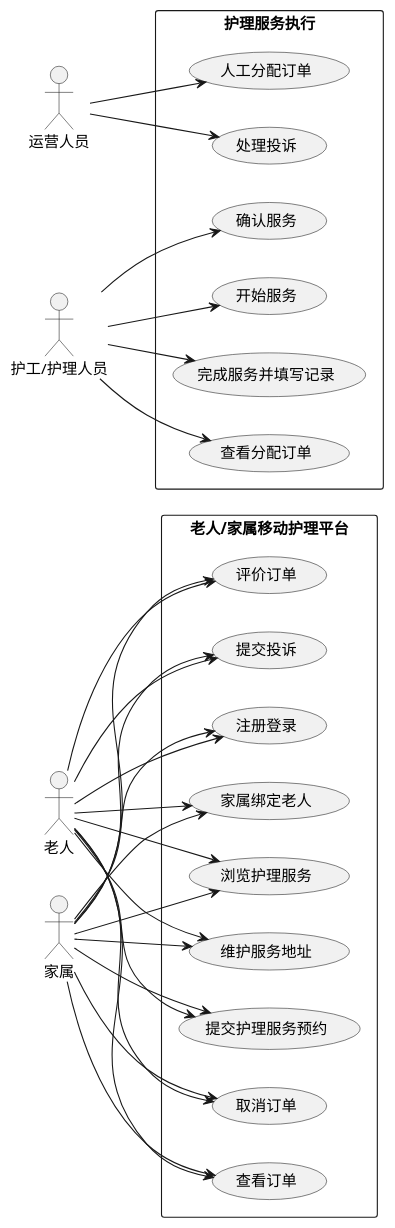
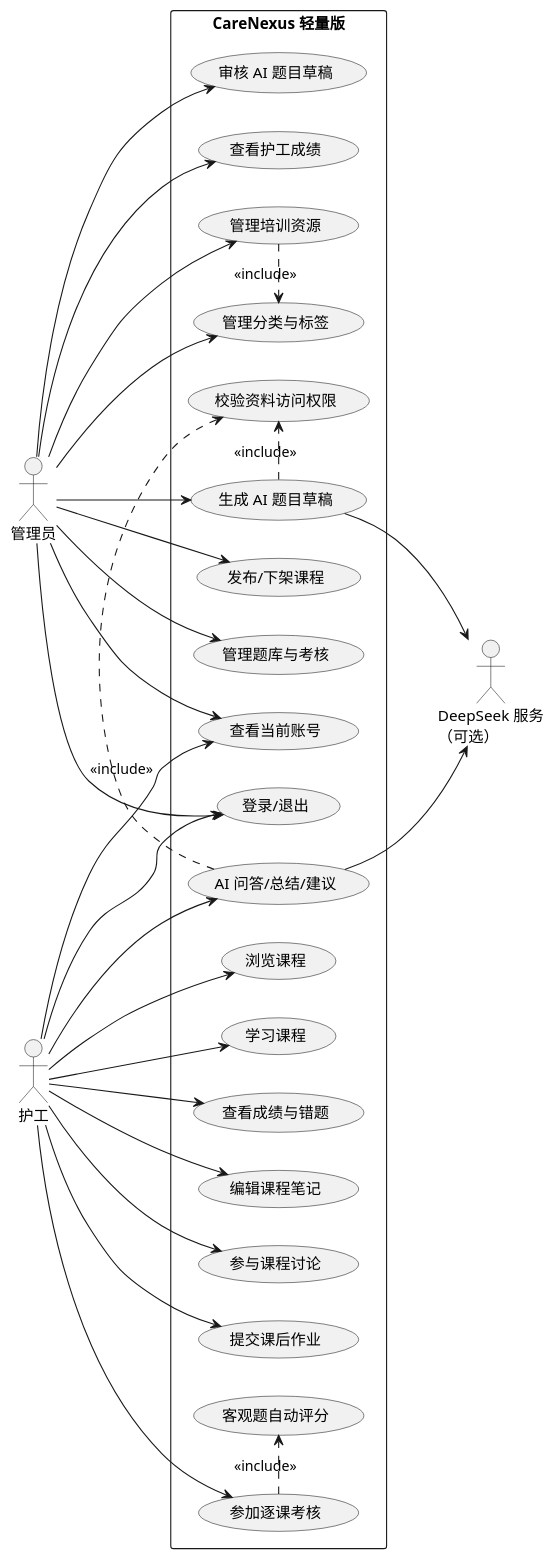
One commit to thesantaana/Care-Nexus changed the diagram in docs/requirements/用例模型.md. Above: the diagram before and after it, drawn with PlantUML. The commit also changed other lines of this file, not shown here.

````diff
--- a/docs/requirements/用例模型.md
+++ b/docs/requirements/用例模型.md
@@ -203,55 +19,61 @@
 ```plantuml
 @startuml
 left to right direction
-actor "老人" as Elder
-actor "家属" as Family
-actor "运营人员" as Operator
-actor "护工/护理人员" as Caregiver
+actor 管理员 as Admin
+actor 护工 as Caregiver
+actor "DeepSeek 服务\n（可选）" as AI
 
-rectangle "老人/家属移动护理平台" {
-  usecase "注册登录" as UC1
-  usecase "家属绑定老人" as UC2
-  usecase "浏览护理服务" as UC3
-  usecase "维护服务地址" as UC4
-  usecase "提交护理服务预约" as UC5
-  usecase "取消订单" as UC6
-  usecase "查看订单" as UC7
-  usecase "评价订单" as UC8
-  usecase "提交投诉" as UC9
+rectangle "CareNexus 轻量版" {
+  usecase "登录/退出" as UC_AUTH
+  usecase "查看当前账号" as UC_ME
+
+  usecase "管理分类与标签" as UC_CATALOG
+  usecase "管理培训资源" as UC_RESOURCE
+  usecase "发布/下架课程" as UC_PUBLISH
+  usecase "管理题库与考核" as UC_EXAM_ADMIN
+  usecase "审核 AI 题目草稿" as UC_AI_REVIEW
+  usecase "查看护工成绩" as UC_SCORE_ADMIN
+
+  usecase "浏览课程" as UC_BROWSE
+  usecase "学习课程" as UC_LEARN
+  usecase "参加逐课考核" as UC_EXAM
+  usecase "查看成绩与错题" as UC_SCORE
+  usecase "编辑课程笔记" as UC_NOTE
+  usecase "参与课程讨论" as UC_DISCUSS
+  usecase "提交课后作业" as UC_ASSIGN
+  usecase "AI 问答/总结/建议" as UC_AI
+
+  usecase "生成 AI 题目草稿" as UC_AI_DRAFT
+  usecase "校验资料访问权限" as UC_SOURCE
+  usecase "客观题自动评分" as UC_AUTO_SCORE
 }
 
-rectangle "护理服务执行" {
-  usecase "人工分配订单" as UC10
-  usecase "查看分配订单" as UC11
-  usecase "确认服务" as UC12
-  usecase "开始服务" as UC13
-  usecase "完成服务并填写记录" as UC14
-  usecase "处理投诉" as UC15
-}
+Admin --> UC_AUTH
+Admin --> UC_ME
+Admin --> UC_CATALOG
+Admin --> UC_RESOURCE
+Admin --> UC_PUBLISH
+Admin --> UC_EXAM_ADMIN
+Admin --> UC_AI_DRAFT
+Admin --> UC_AI_REVIEW
+Admin --> UC_SCORE_ADMIN
 
-Elder --> UC1
-Family --> UC1
-Family --> UC2
-Elder --> UC2
-Elder --> UC3
-Family --> UC3
-Elder --> UC4
-Family --> UC4
-Elder --> UC5
-Family --> UC5
-Elder --> UC6
-Family --> UC6
-Elder --> UC7
-Family --> UC7
-Elder --> UC8
-Family --> UC8
-Elder --> UC9
-Family --> UC9
-Operator --> UC10
-Operator --> UC15
-Caregiver --> UC11
-Caregiver --> UC12
-Caregiver --> UC13
-Caregiver --> UC14
+Caregiver --> UC_AUTH
+Caregiver --> UC_ME
+Caregiver --> UC_BROWSE
+Caregiver --> UC_LEARN
+Caregiver --> UC_EXAM
+Caregiver --> UC_SCORE
+Caregiver --> UC_NOTE
+Caregiver --> UC_DISCUSS
+Caregiver --> UC_ASSIGN
+Caregiver --> UC_AI
+
+UC_RESOURCE .> UC_CATALOG : <<include>>
+UC_EXAM .> UC_AUTO_SCORE : <<include>>
+UC_AI .> UC_SOURCE : <<include>>
+UC_AI_DRAFT .> UC_SOURCE : <<include>>
+UC_AI --> AI
+UC_AI_DRAFT --> AI
 @enduml
 ```
````
